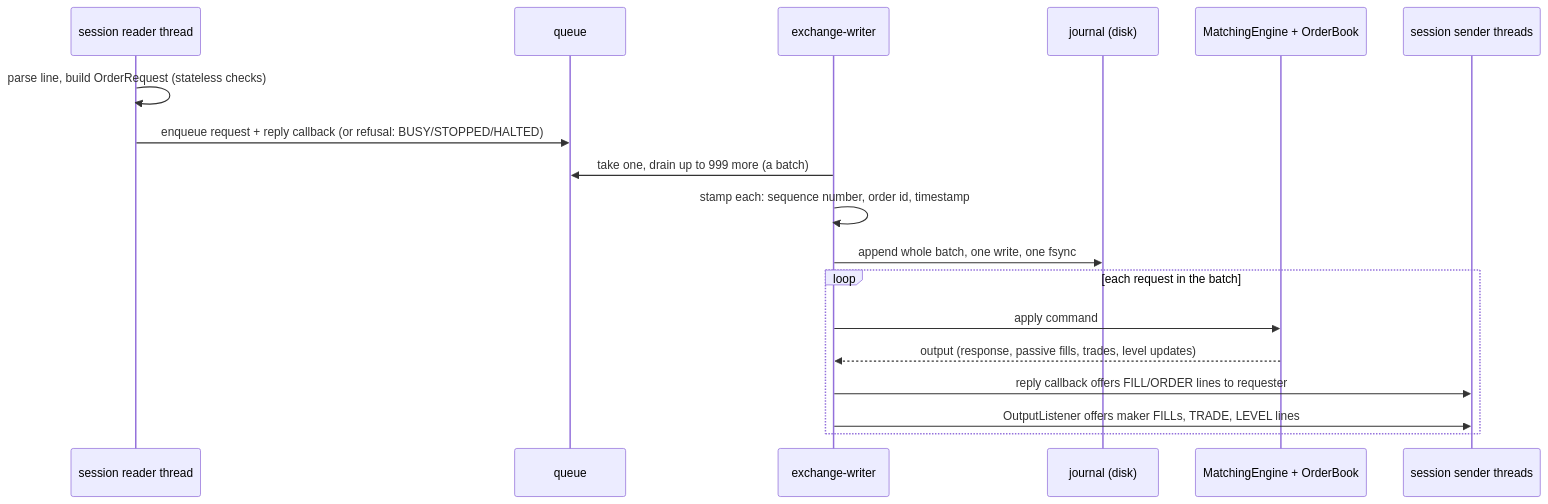
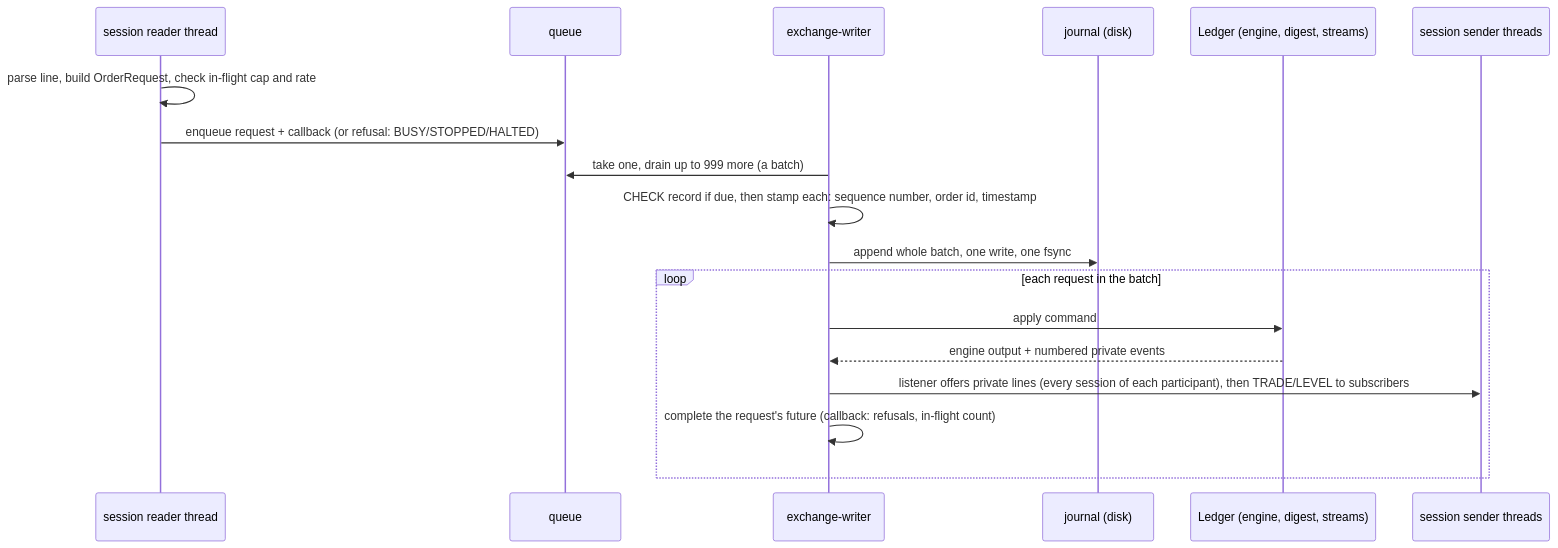
The second of 4 diagrams in docs/understanding/01-big-picture.md (SampannaNampalli/ExchangeSystem), drawn with Mermaid before and after one commit. The commit also changed other lines of this file and 30 other files, not shown here.

````diff
--- a/docs/understanding/01-big-picture.md
+++ b/docs/understanding/01-big-picture.md
@@ -129,20 +152,20 @@
 ```mermaid
 sequenceDiagram
     participant R as session reader thread
     participant Q as queue
     participant W as exchange-writer
     participant J as journal (disk)
-    participant E as MatchingEngine + OrderBook
+    participant L as Ledger (engine, digest, streams)
     participant S as session sender threads
-    R->>R: parse line, build OrderRequest (stateless checks)
-    R->>Q: enqueue request + reply callback (or refusal: BUSY/STOPPED/HALTED)
+    R->>R: parse line, build OrderRequest, check in-flight cap and rate
+    R->>Q: enqueue request + callback (or refusal: BUSY/STOPPED/HALTED)
     W->>Q: take one, drain up to 999 more (a batch)
-    W->>W: stamp each: sequence number, order id, timestamp
+    W->>W: CHECK record if due, then stamp each: sequence number, order id, timestamp
     W->>J: append whole batch, one write, one fsync
     loop each request in the batch
-        W->>E: apply command
-        E-->>W: output (response, passive fills, trades, level updates)
-        W->>S: reply callback offers FILL/ORDER lines to requester
-        W->>S: OutputListener offers maker FILLs, TRADE, LEVEL lines
+        W->>L: apply command
+        L-->>W: engine output + numbered private events
+        W->>S: listener offers private lines (every session of each participant), then TRADE/LEVEL to subscribers
+        W->>W: complete the request's future (callback: refusals, in-flight count)
     end
 ```
````
